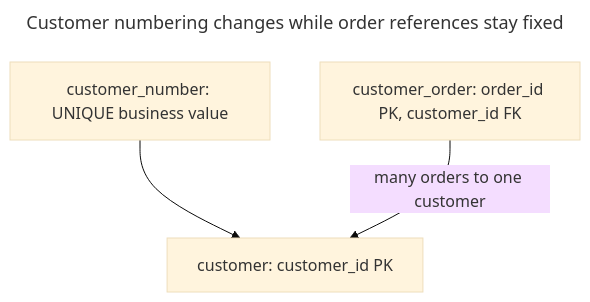
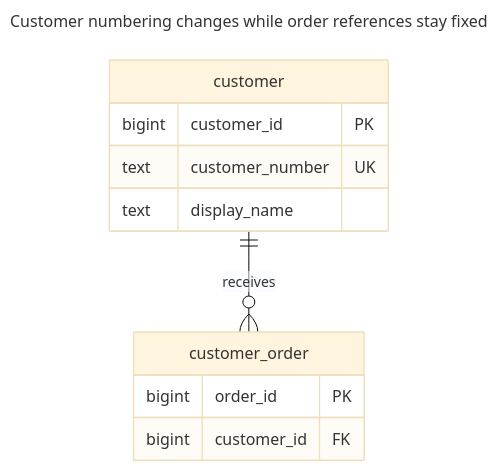
One commit to mokevnin/database-design-patterns changed the second of 5 diagrams in book/en/surrogate-key.md. Above: the diagram before and after it, drawn with Mermaid (base theme). The commit also changed other lines of this file and 13 other files, not shown here.

First line of the commit message:
docs: add ER and other diagrams to the first fourteen chapters

````diff
--- a/book/en/surrogate-key.md
+++ b/book/en/surrogate-key.md
@@ -49,11 +73,18 @@
 ```mermaid
 ---
 title: Customer numbering changes while order references stay fixed
 ---
-flowchart TB
-  number["customer_number: UNIQUE business value"]:::warn
-  customer["customer: customer_id PK"]:::accent
-  orders["customer_order: order_id PK, customer_id FK"]:::muted
-  number --> customer
-  orders -->|many orders to one customer| customer
+erDiagram
+  customer ||--o{ customer_order : receives
+  customer {
+    bigint customer_id PK
+    text customer_number UK
+    text display_name
+  }
+  customer_order {
+    bigint order_id PK
+    bigint customer_id FK
+  }
+  class customer accent
+  class customer_order muted
 ```
````
